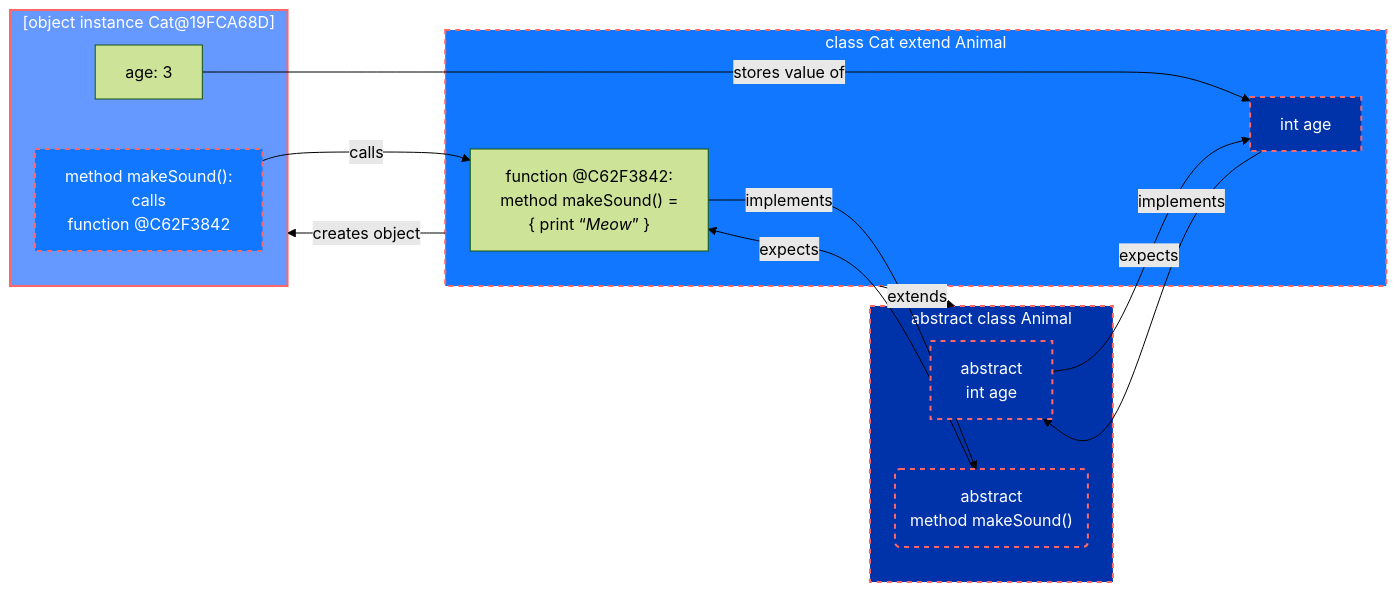
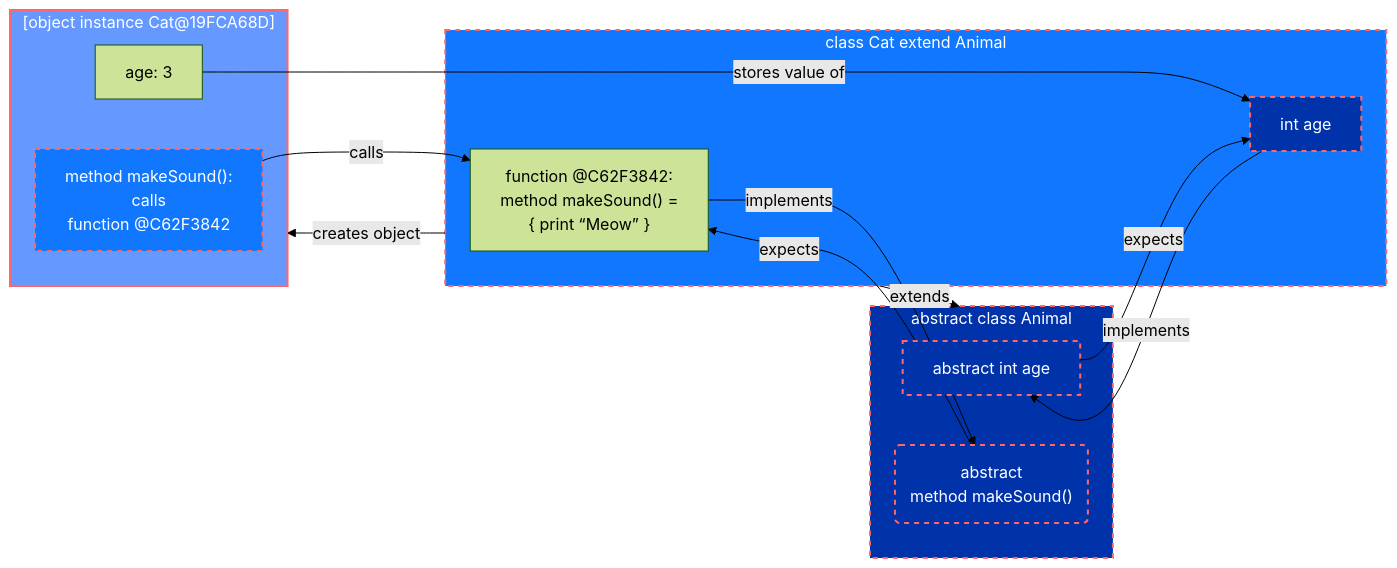
The first of 5 diagrams in 09-ClassOrientedProgramming.md (realityexpander/How_to_program_from_ground_up), drawn with Mermaid (forest theme) before and after one commit.

Commit message:
improve diagram for web

`````diff
--- a/09-ClassOrientedProgramming.md
+++ b/09-ClassOrientedProgramming.md
@@ -28,46 +28,45 @@
     ```mermaid
          flowchart LR
     
         catMakeSoundFunctionPointer -- calls --> catMakeSound
         subgraph catObject["[object instance Cat@19FCA68D]"]
             catAgeData["`age: 3`"] 
-            catMakeSoundFunctionPointer["`method makeSound(): 
+            catMakeSoundFunctionPointer["method makeSound(): 
                                            calls 
-                                           function @C62F3842`"]
+                                           function @C62F3842"]
         end
         catAgeData -- stores value of --> catAgeInt
         
         catAbstractAgeInt -- expects --> catAgeInt
         abstractMethodMakeSound -- expects --> catMakeSound
         catAgeInt -- implements --> catAbstractAgeInt
         subgraph classCat["class Cat extend Animal"]
             catAgeInt["int age"]
-            catMakeSound["`function @C62F3842:
+            catMakeSound["function @C62F3842:
                         method makeSound() =
-                        {  print “_Meow_” }`"]
+                        { print “Meow” }"]
         end
     
         classCat -- creates object --> catObject
         classCat -- extends --> abstractAnimal
         catMakeSound -- implements --> abstractMethodMakeSound
         subgraph abstractAnimal["abstract class Animal"]
-          catAbstractAgeInt["`abstract 
-                              int age`"]
+          catAbstractAgeInt["abstract int age"]
           abstractMethodMakeSound("`abstract 
                                     method makeSound()`")
         end
     
          style abstractAnimal fill:#03A, stroke:#f66, stroke-width:2px, color:#fff, stroke-dasharray: 5 5
          style abstractMethodMakeSound fill:#03A, stroke:#f66, stroke-width:2px, color:#fff, stroke-dasharray: 5 5
          style catAbstractAgeInt fill:#03A, stroke:#f66, stroke-width:2px, color:#fff, stroke-dasharray: 5 5
          
          style classCat fill:#17F, stroke:#f66, stroke-width:2px, color:#fff, stroke-dasharray: 5 5
          style catAgeInt fill:#03A, stroke:#f66, stroke-width:2px, color:#fff, stroke-dasharray: 5 5
          
          style catMakeSoundFunctionPointer fill:#17F, stroke:#f66, stroke-width:2px, color:#fff, stroke-dasharray: 5 5
          
          style catObject fill:#69F, stroke:#f66, stroke-width:2px, color:#fff
          style catMakeSoundFunctionPointer stroke-dasharray: 5 5, stroke:#f66, stroke-width:2px
          style catAbstractAgeInt stroke-dasharray: 5 5, stroke:#f66, stroke-width:2px
          style catAgeInt stroke-dasharray: 5 5, stroke:#f66, stroke-width:2px
     ````
`````
